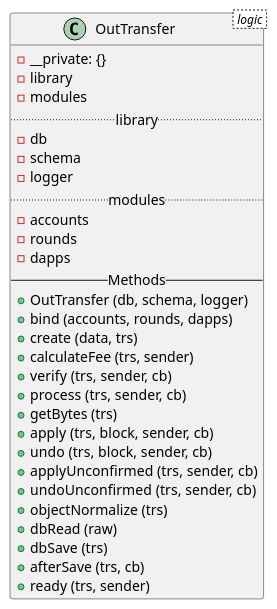
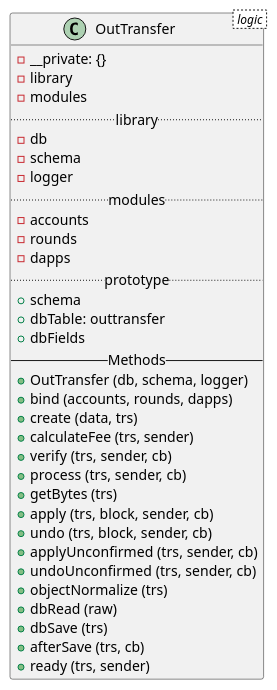
Before and after one commit to LucasIsasmendi/lisk-core-plantuml: the diagram in class/classes/logic/outTransfer.puml, drawn with PlantUML. The commit also changed 14 other files, not shown here.

```diff
--- a/class/classes/logic/outTransfer.puml
+++ b/class/classes/logic/outTransfer.puml
@@ -1,32 +1,36 @@
 @startuml
 class OutTransfer < logic > {
   - __private: {}
   - library
   - modules
   .. library..
   - db
   - schema
   - logger
   .. modules ..
   - accounts
   - rounds
   - dapps
+  .. prototype ..
+  + schema
+  + dbTable: outtransfer
+  + dbFields
   -- Methods --
   + OutTransfer (db, schema, logger)
   + bind (accounts, rounds, dapps)
   + create (data, trs)
   + calculateFee (trs, sender)
   + verify (trs, sender, cb)
   + process (trs, sender, cb)
   + getBytes (trs)
   + apply (trs, block, sender, cb)
   + undo (trs, block, sender, cb)
   + applyUnconfirmed (trs, sender, cb)
   + undoUnconfirmed (trs, sender, cb)
   + objectNormalize (trs)
   + dbRead (raw)
   + dbSave (trs)
   + afterSave (trs, cb)
   + ready (trs, sender)
 }
 @endtuml
```
